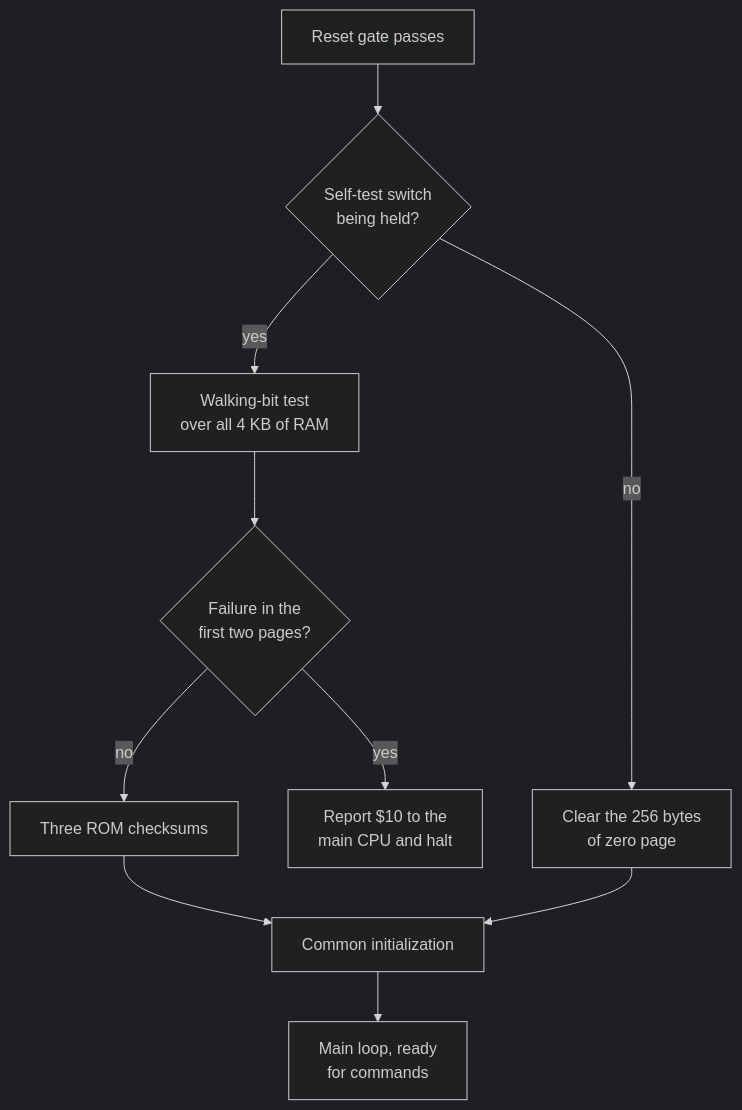
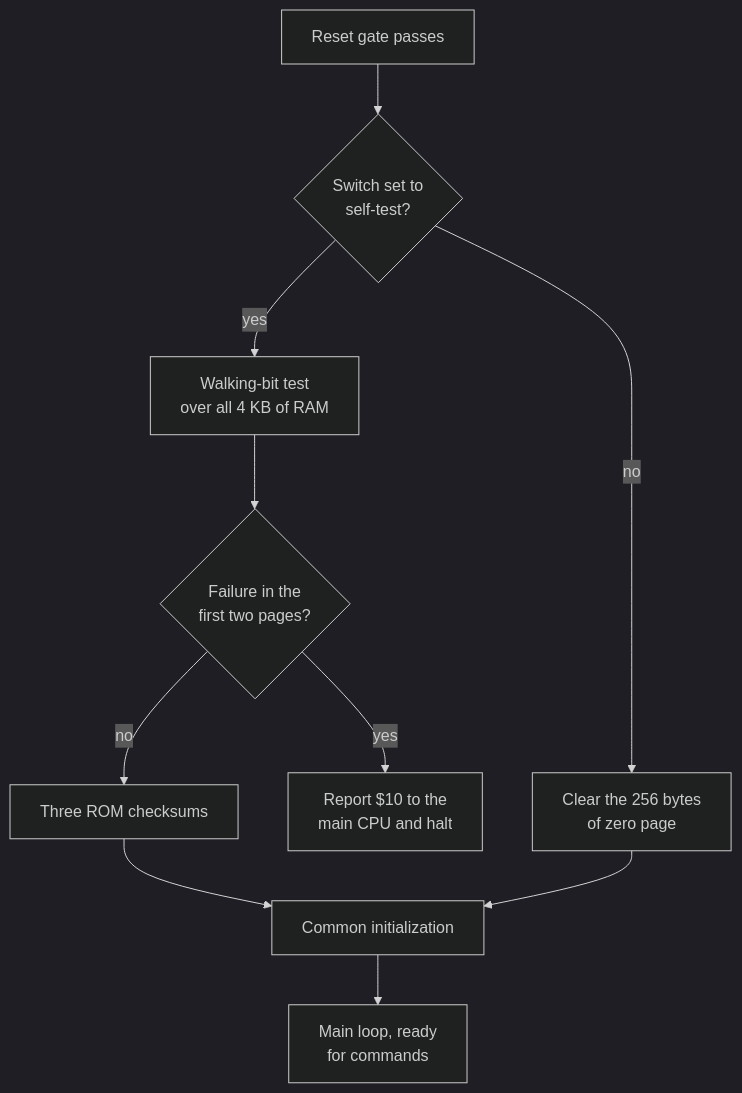
The diagram in book/05_waking_up.md (alinsavix/gauntlet-soundrom-ai-reveng), drawn with Mermaid (dark theme) before and after one commit. The commit also changed other lines of this file and 29 other files, not shown here.

````diff
--- a/book/05_waking_up.md
+++ b/book/05_waking_up.md
@@ -60,12 +60,12 @@
 ```mermaid
 flowchart TD
-    Start["Reset gate passes"] --> Test{"Self-test switch<br/>being held?"}
+    Start["Reset gate passes"] --> Test{"Switch set to<br/>self-test?"}
     Test -->|no| Fast["Clear the 256 bytes<br/>of zero page"]
     Test -->|yes| RAM["Walking-bit test<br/>over all 4 KB of RAM"]
     RAM --> Fatal{"Failure in the<br/>first two pages?"}
     Fatal -->|yes| Halt["Report $10 to the<br/>main CPU and halt"]
     Fatal -->|no| ROMTest["Three ROM checksums"]
     ROMTest --> Common["Common initialization"]
     Fast --> Common
     Common --> Loop["Main loop, ready<br/>for commands"]
 ```
````
